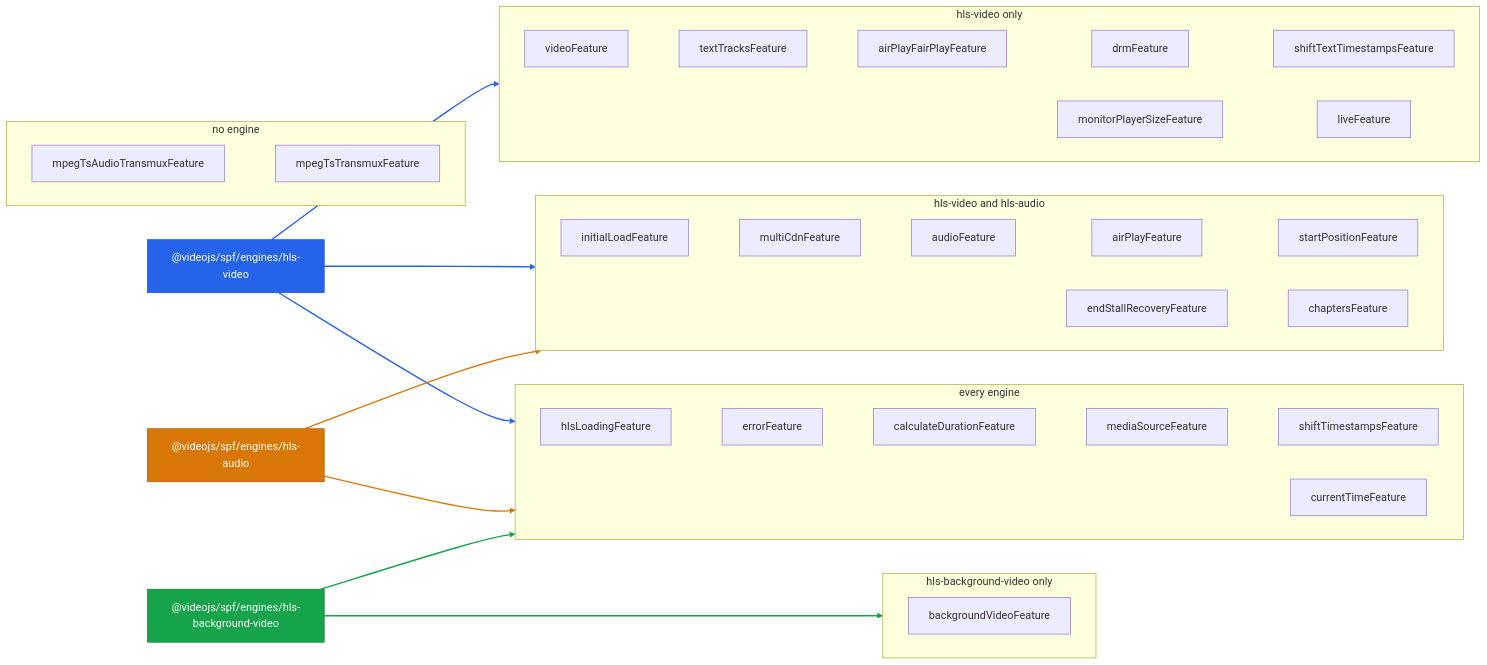
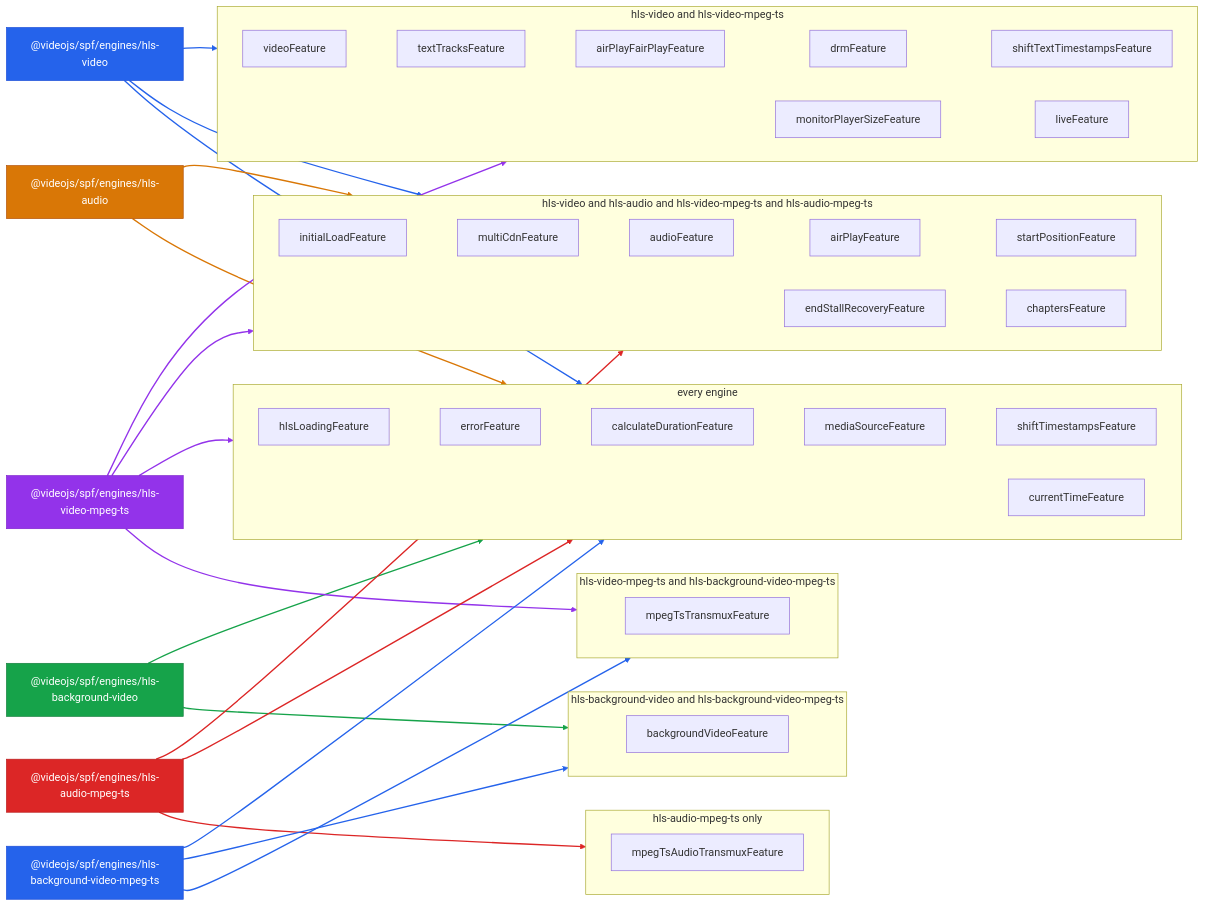
Before and after one commit to videojs/video.js: the diagram in packages/spf/docs/reference/README.md, drawn with Mermaid. The commit also changed other lines of this file and 27 other files, not shown here.

Commit message:
docs(spf): regenerate the API reference for the MPEG-TS engines

````diff
--- a/packages/spf/docs/reference/README.md
+++ b/packages/spf/docs/reference/README.md
@@ -16,13 +16,13 @@
   engine_hls_audio["@videojs/spf/engines/hls-audio"]:::engine_hls_audio
   classDef engine_hls_background_video fill:#16a34a,stroke:#15803d,color:#fff
   engine_hls_background_video["@videojs/spf/engines/hls-background-video"]:::engine_hls_background_video
-  subgraph group_0["no engine"]
-    direction LR
-    feature_mpeg_ts_audio_transmux["mpegTsAudioTransmuxFeature"]
-    feature_mpeg_ts_transmux["mpegTsTransmuxFeature"]
-    feature_mpeg_ts_audio_transmux ~~~ feature_mpeg_ts_transmux
-  end
-  subgraph group_1["hls-video only"]
+  classDef engine_hls_video_mpeg_ts fill:#9333ea,stroke:#7e22ce,color:#fff
+  engine_hls_video_mpeg_ts["@videojs/spf/engines/hls-video-mpeg-ts"]:::engine_hls_video_mpeg_ts
+  classDef engine_hls_audio_mpeg_ts fill:#dc2626,stroke:#b91c1c,color:#fff
+  engine_hls_audio_mpeg_ts["@videojs/spf/engines/hls-audio-mpeg-ts"]:::engine_hls_audio_mpeg_ts
+  classDef engine_hls_background_video_mpeg_ts fill:#2563eb,stroke:#1d4ed8,color:#fff
+  engine_hls_background_video_mpeg_ts["@videojs/spf/engines/hls-background-video-mpeg-ts"]:::engine_hls_background_video_mpeg_ts
+  subgraph group_0["hls-video and hls-video-mpeg-ts"]
     direction LR
     feature_video["videoFeature"]
     feature_text_tracks["textTracksFeature"]
@@ -34,7 +34,7 @@
     feature_video ~~~ feature_text_tracks ~~~ feature_airplay_fairplay ~~~ feature_drm ~~~ feature_shift_text_timestamps
     feature_monitor_player_size ~~~ feature_live
   end
-  subgraph group_2["hls-video and hls-audio"]
+  subgraph group_1["hls-video and hls-audio and hls-video-mpeg-ts and hls-audio-mpeg-ts"]
     direction LR
     feature_initial_load["initialLoadFeature"]
     feature_multi_cdn["multiCdnFeature"]
@@ -46,7 +46,7 @@
     feature_initial_load ~~~ feature_multi_cdn ~~~ feature_audio ~~~ feature_airplay ~~~ feature_start_position
     feature_end_stall_recovery ~~~ feature_chapters
   end
-  subgraph group_3["every engine"]
+  subgraph group_2["every engine"]
     direction LR
     feature_hls_loading["hlsLoadingFeature"]
     feature_error["errorFeature"]
@@ -56,22 +56,50 @@
     feature_current_time["currentTimeFeature"]
     feature_hls_loading ~~~ feature_error ~~~ feature_calculate_duration ~~~ feature_media_source ~~~ feature_shift_timestamps
   end
-  subgraph group_4["hls-background-video only"]
+  subgraph group_3["hls-background-video and hls-background-video-mpeg-ts"]
     direction LR
     feature_background_video["backgroundVideoFeature"]
   end
+  subgraph group_4["hls-video-mpeg-ts and hls-background-video-mpeg-ts"]
+    direction LR
+    feature_mpeg_ts_transmux["mpegTsTransmuxFeature"]
+  end
+  subgraph group_5["hls-audio-mpeg-ts only"]
+    direction LR
+    feature_mpeg_ts_audio_transmux["mpegTsAudioTransmuxFeature"]
+  end
+  engine_hls_video --> group_0
+  linkStyle 14 stroke:#2563eb,stroke-width:2px
   engine_hls_video --> group_1
   linkStyle 15 stroke:#2563eb,stroke-width:2px
   engine_hls_video --> group_2
   linkStyle 16 stroke:#2563eb,stroke-width:2px
-  engine_hls_video --> group_3
-  linkStyle 17 stroke:#2563eb,stroke-width:2px
+  engine_hls_audio --> group_1
+  linkStyle 17 stroke:#d97706,stroke-width:2px
   engine_hls_audio --> group_2
   linkStyle 18 stroke:#d97706,stroke-width:2px
-  engine_hls_audio --> group_3
-  linkStyle 19 stroke:#d97706,stroke-width:2px
+  engine_hls_background_video --> group_2
+  linkStyle 19 stroke:#16a34a,stroke-width:2px
   engine_hls_background_video --> group_3
   linkStyle 20 stroke:#16a34a,stroke-width:2px
-  engine_hls_background_video --> group_4
-  linkStyle 21 stroke:#16a34a,stroke-width:2px
+  engine_hls_video_mpeg_ts --> group_0
+  linkStyle 21 stroke:#9333ea,stroke-width:2px
+  engine_hls_video_mpeg_ts --> group_1
+  linkStyle 22 stroke:#9333ea,stroke-width:2px
+  engine_hls_video_mpeg_ts --> group_2
+  linkStyle 23 stroke:#9333ea,stroke-width:2px
+  engine_hls_video_mpeg_ts --> group_4
+  linkStyle 24 stroke:#9333ea,stroke-width:2px
+  engine_hls_audio_mpeg_ts --> group_1
+  linkStyle 25 stroke:#dc2626,stroke-width:2px
+  engine_hls_audio_mpeg_ts --> group_2
+  linkStyle 26 stroke:#dc2626,stroke-width:2px
+  engine_hls_audio_mpeg_ts --> group_5
+  linkStyle 27 stroke:#dc2626,stroke-width:2px
+  engine_hls_background_video_mpeg_ts --> group_2
+  linkStyle 28 stroke:#2563eb,stroke-width:2px
+  engine_hls_background_video_mpeg_ts --> group_3
+  linkStyle 29 stroke:#2563eb,stroke-width:2px
+  engine_hls_background_video_mpeg_ts --> group_4
+  linkStyle 30 stroke:#2563eb,stroke-width:2px
 ```
````
